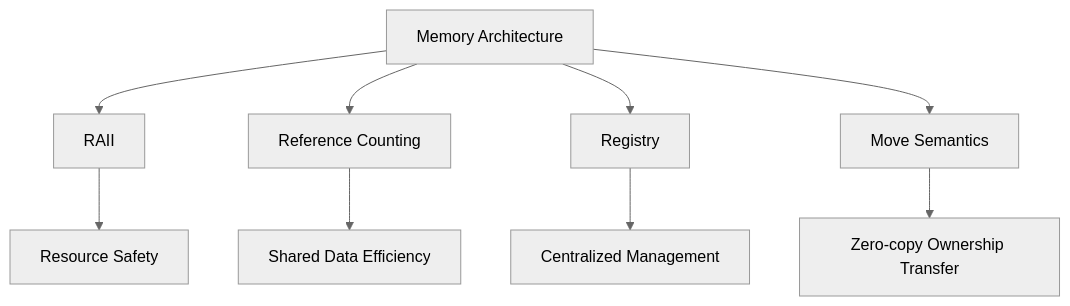
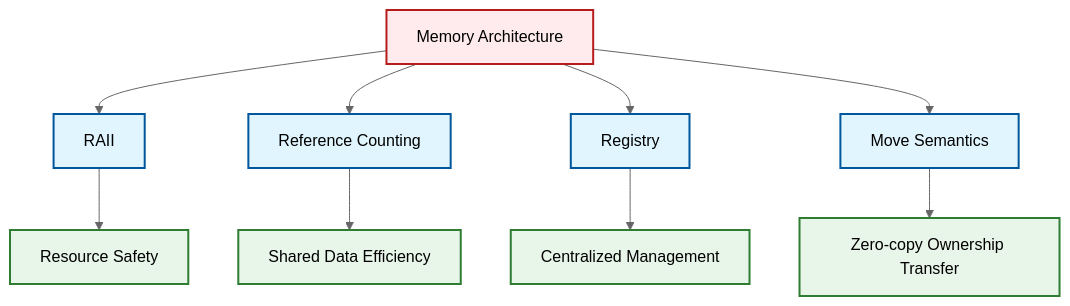
Before and after one commit to wramet/build-my-cfd: the second of 2 diagrams in MODULE_09_ADVANCED_TOPICS/CONTENT/04_MEMORY_MANAGEMENT/06_Design_Patterns_and_Architecture.md, drawn with Mermaid (neutral theme). The commit also changed other lines of this file and 313 other files, not shown here.

Commit message:
Revise all diagram

````diff
--- a/MODULE_09_ADVANCED_TOPICS/CONTENT/04_MEMORY_MANAGEMENT/06_Design_Patterns_and_Architecture.md
+++ b/MODULE_09_ADVANCED_TOPICS/CONTENT/04_MEMORY_MANAGEMENT/06_Design_Patterns_and_Architecture.md
@@ -756,12 +767,14 @@
 ```mermaid
 graph TD
-    A[Memory Architecture] --> B[RAII]
-    A --> C[Reference Counting]
-    A --> D[Registry]
-    A --> E[Move Semantics]
-
-    B --> B1[Resource Safety]
-    C --> C1[Shared Data Efficiency]
-    D --> D1[Centralized Management]
-    E --> E1[Zero-copy Ownership Transfer]
+classDef implicit fill:#e1f5fe,stroke:#01579b,stroke-width:2px
+classDef explicit fill:#ffebee,stroke:#b71c1c,stroke-width:2px
+classDef success fill:#e8f5e9,stroke:#2e7d32,stroke-width:2px
+A[Memory Architecture]:::explicit --> B[RAII]:::implicit
+A --> C[Reference Counting]:::implicit
+A --> D[Registry]:::implicit
+A --> E[Move Semantics]:::implicit
+B --> B1[Resource Safety]:::success
+C --> C1[Shared Data Efficiency]:::success
+D --> D1[Centralized Management]:::success
+E --> E1[Zero-copy Ownership Transfer]:::success
 ```
````
